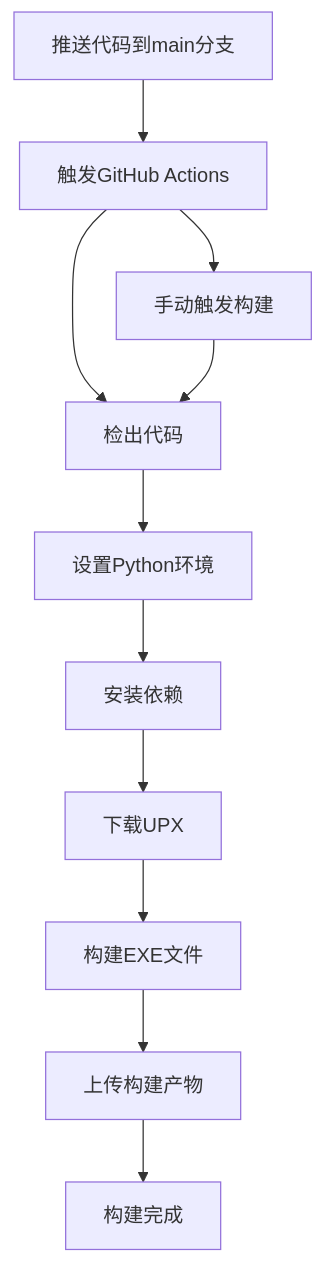
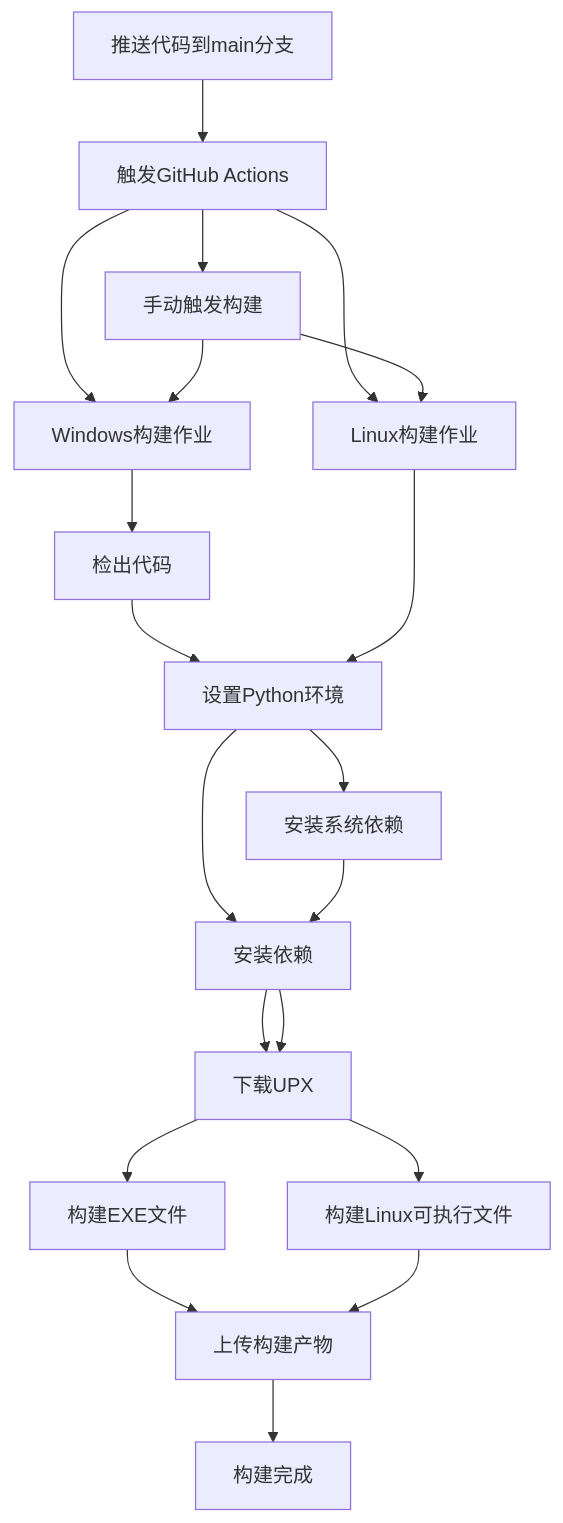
The sixth of 9 diagrams in .qoder/repowiki/zh/content/构建与部署.md (TuxLin123233/MC-Save-Importer), drawn with Mermaid before and after one commit. The commit also changed other lines of this file and 4 other files, not shown here.

````diff
--- a/.qoder/repowiki/zh/content/构建与部署.md
+++ b/.qoder/repowiki/zh/content/构建与部署.md
@@ -219,13 +228,22 @@
 ```mermaid
 flowchart TD
 Push[推送代码到main分支] --> Trigger[触发GitHub Actions]
-Trigger --> Checkout[检出代码]
+Trigger --> WindowsJob[Windows构建作业]
+Trigger --> LinuxJob[Linux构建作业]
+WindowsJob --> Checkout[检出代码]
 Checkout --> SetupPython[设置Python环境]
 SetupPython --> InstallDeps[安装依赖]
 InstallDeps --> DownloadUPX[下载UPX]
 DownloadUPX --> BuildEXE[构建EXE文件]
 BuildEXE --> UploadArtifact[上传构建产物]
+LinuxJob --> SetupPython
+SetupPython --> InstallSystemDeps[安装系统依赖]
+InstallSystemDeps --> InstallDeps
+InstallDeps --> DownloadUPX
+DownloadUPX --> BuildLinux[构建Linux可执行文件]
+BuildLinux --> UploadArtifact
 UploadArtifact --> Complete[构建完成]
 Trigger --> Dispatch[手动触发构建]
-Dispatch --> Checkout
+Dispatch --> WindowsJob
+Dispatch --> LinuxJob
 ```
````
